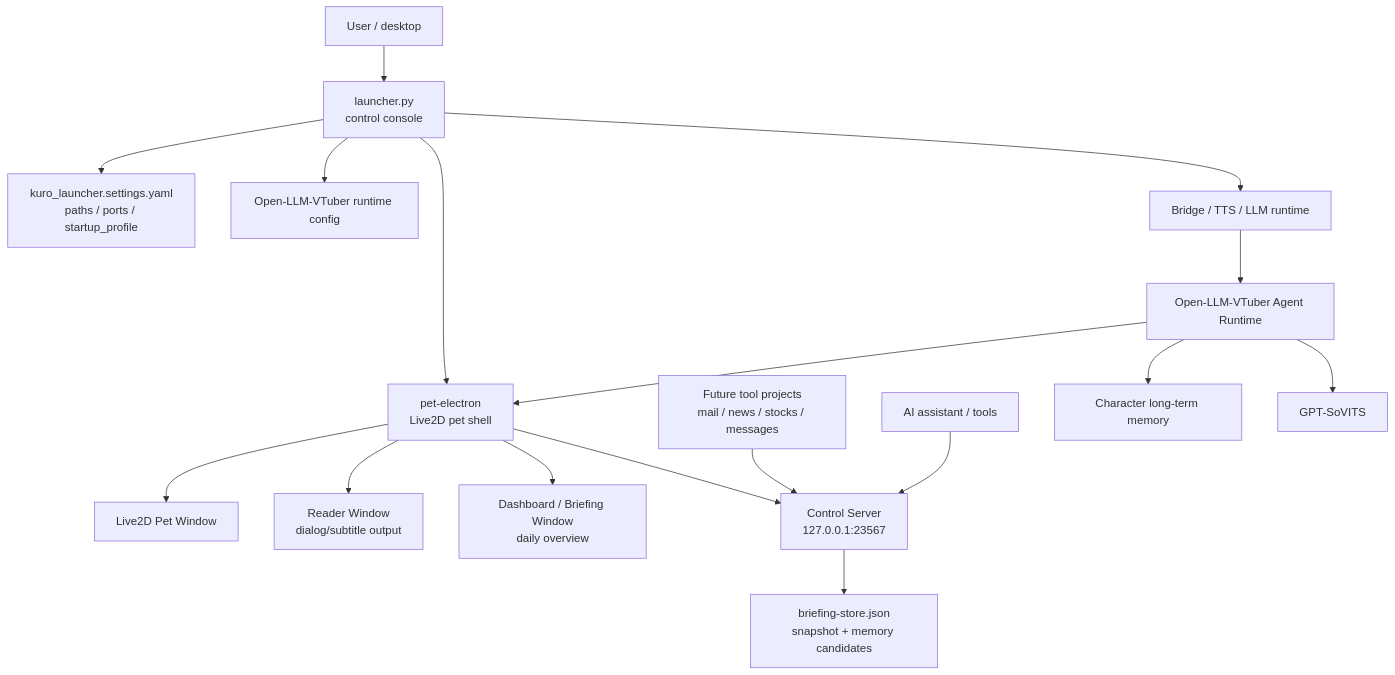
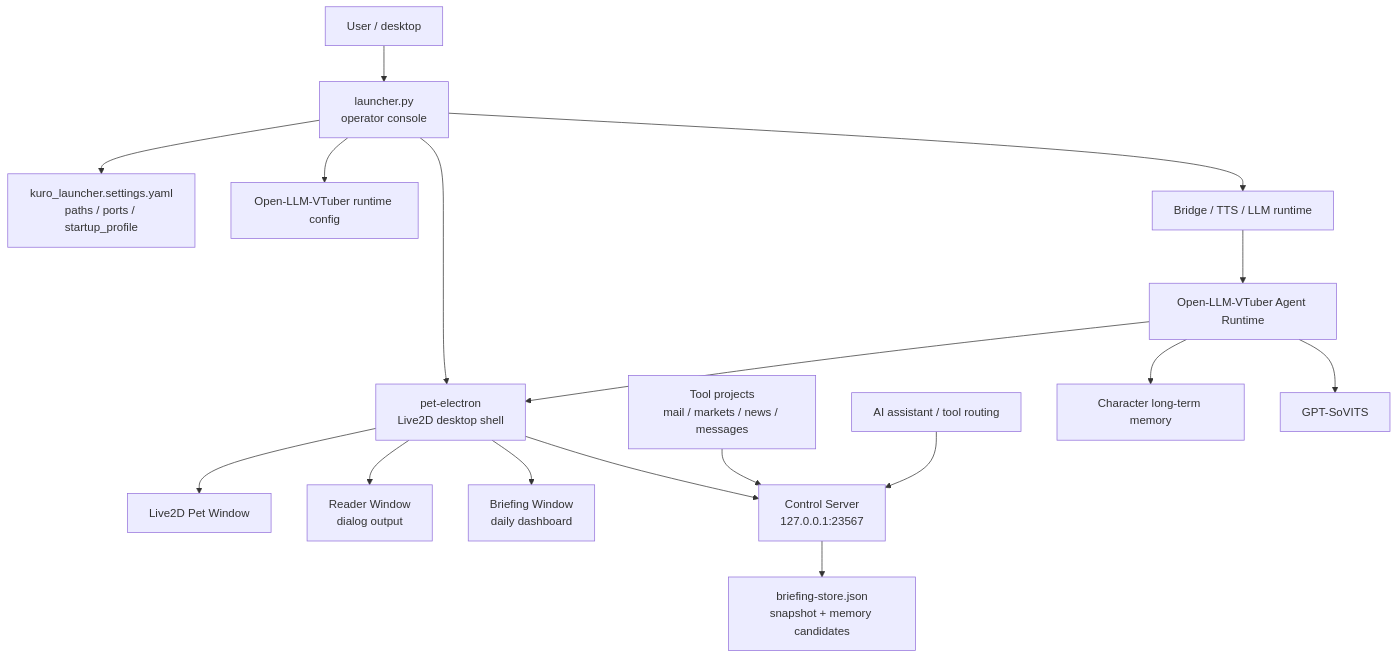
Before and after one commit to lulu930128/desktop-agent-runtime: the diagram in README.md, drawn with Mermaid. The commit also changed other lines of this file and 4 other files, not shown here.

````diff
--- a/README.md
+++ b/README.md
@@ -49,22 +62,22 @@
 ```mermaid
 flowchart TD
-    User["User / desktop"] --> Launcher["launcher.py<br/>control console"]
+    User["User / desktop"] --> Launcher["launcher.py<br/>operator console"]
     Launcher --> Config["kuro_launcher.settings.yaml<br/>paths / ports / startup_profile"]
     Launcher --> RuntimeConf["Open-LLM-VTuber runtime config"]
-    Launcher --> PetShell["pet-electron<br/>Live2D pet shell"]
+    Launcher --> PetShell["pet-electron<br/>Live2D desktop shell"]
     Launcher --> Services["Bridge / TTS / LLM runtime"]
 
     PetShell --> MainWindow["Live2D Pet Window"]
-    PetShell --> Reader["Reader Window<br/>dialog/subtitle output"]
-    PetShell --> Briefing["Dashboard / Briefing Window<br/>daily overview"]
+    PetShell --> Reader["Reader Window<br/>dialog output"]
+    PetShell --> Briefing["Briefing Window<br/>daily dashboard"]
     PetShell --> Control["Control Server<br/>127.0.0.1:23567"]
 
     Control --> BriefingStore["briefing-store.json<br/>snapshot + memory candidates"]
-    Tools["Future tool projects<br/>mail / news / stocks / messages"] --> Control
-    Agent["AI assistant / tools"] --> Control
+    Tools["Tool projects<br/>mail / markets / news / messages"] --> Control
+    Agent["AI assistant / tool routing"] --> Control
 
     Services --> AgentRuntime["Open-LLM-VTuber Agent Runtime"]
     AgentRuntime --> Memory["Character long-term memory"]
     AgentRuntime --> TTS["GPT-SoVITS"]
     AgentRuntime --> PetShell
 ```
````
